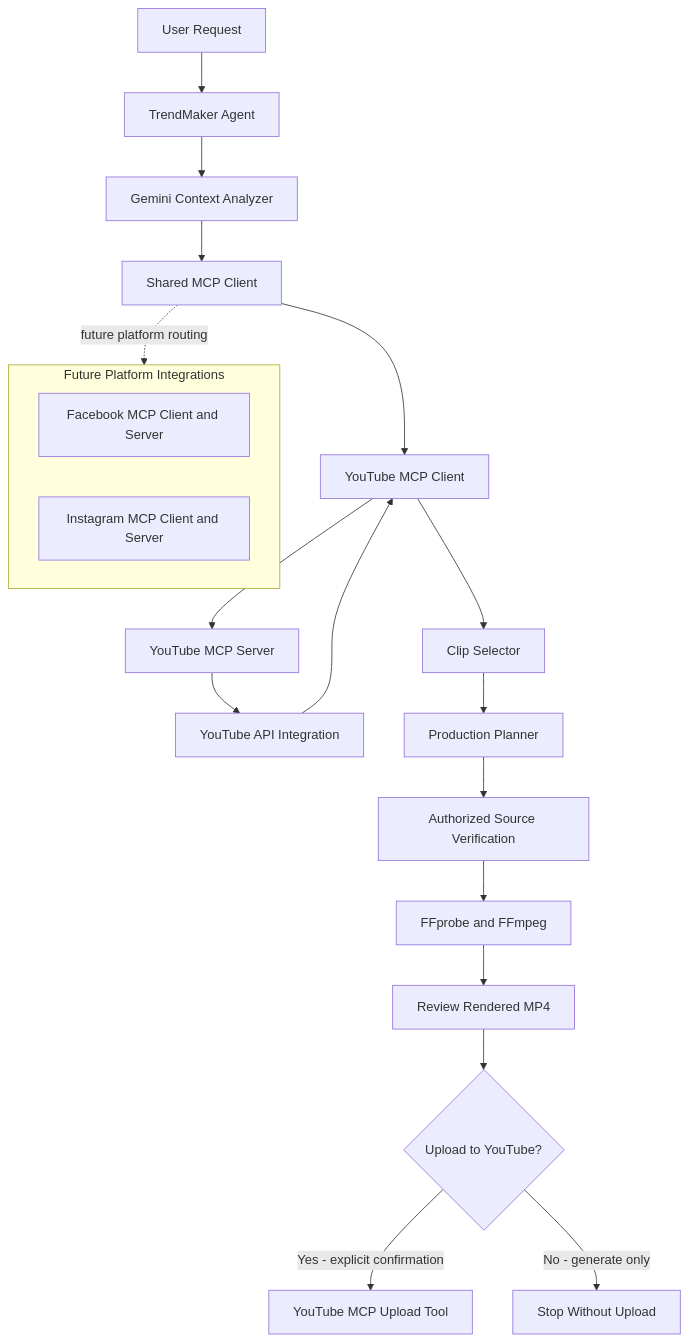
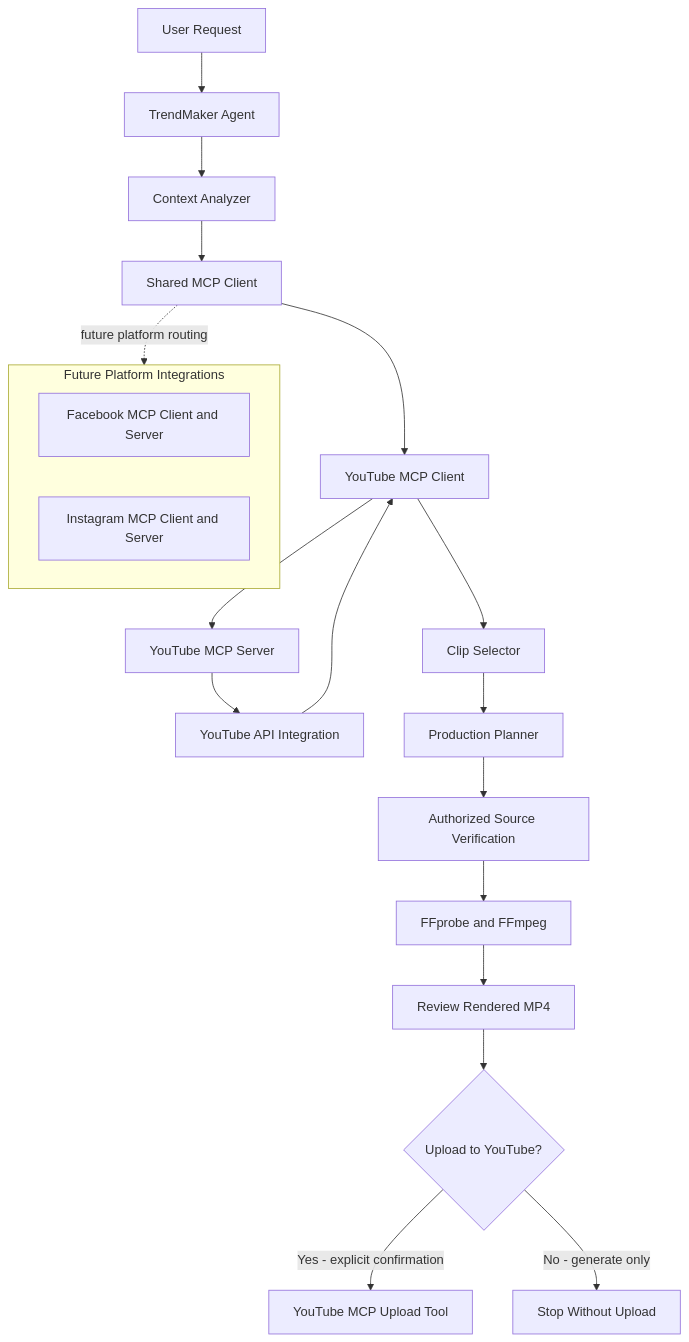
Before and after one commit to supratikd/trendmaker-ai-agent: the diagram in README.md, drawn with Mermaid.

````diff
--- a/README.md
+++ b/README.md
@@ -14,25 +14,25 @@
 ```mermaid
 flowchart TD
     User[User Request] --> Agent[TrendMaker Agent]
-    Agent --> Analyzer[Gemini Context Analyzer]
+    Agent --> Analyzer[Context Analyzer]
     Analyzer --> SharedClient[Shared MCP Client]
     SharedClient --> YouTubeClient[YouTube MCP Client]
     YouTubeClient --> YouTubeServer[YouTube MCP Server]
     YouTubeServer --> YouTubeAPI[YouTube API Integration]
     YouTubeAPI --> YouTubeClient
     YouTubeClient --> Selector[Clip Selector]
     Selector --> Planner[Production Planner]
     Planner --> Sources[Authorized Source Verification]
     Sources --> Renderer[FFprobe and FFmpeg]
     Renderer --> Preview[Review Rendered MP4]
     Preview --> Decision{Upload to YouTube?}
     Decision -->|Yes - explicit confirmation| Upload[YouTube MCP Upload Tool]
     Decision -->|No - generate only| Stop[Stop Without Upload]
 
     subgraph FuturePlatforms[Future Platform Integrations]
         Facebook[Facebook MCP Client and Server]
         Instagram[Instagram MCP Client and Server]
     end
 
     SharedClient -. future platform routing .-> FuturePlatforms
 ```
````
